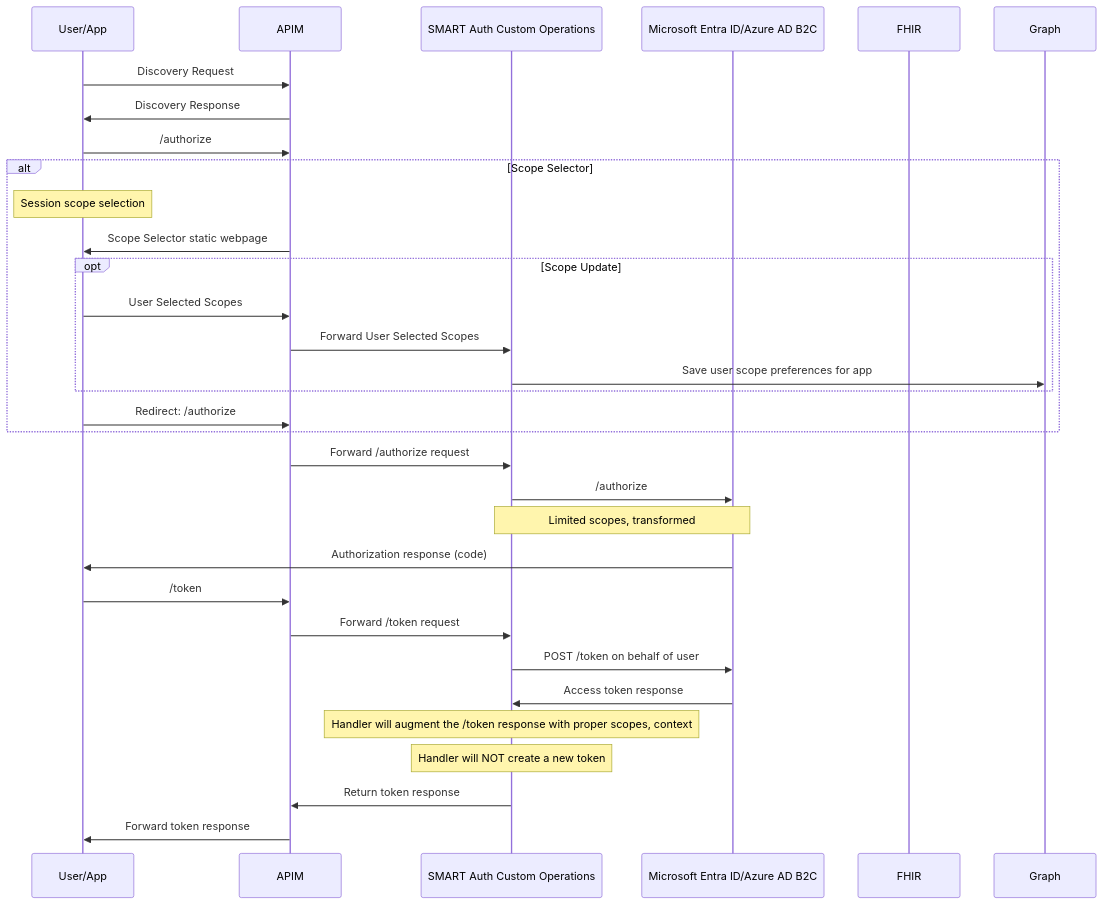
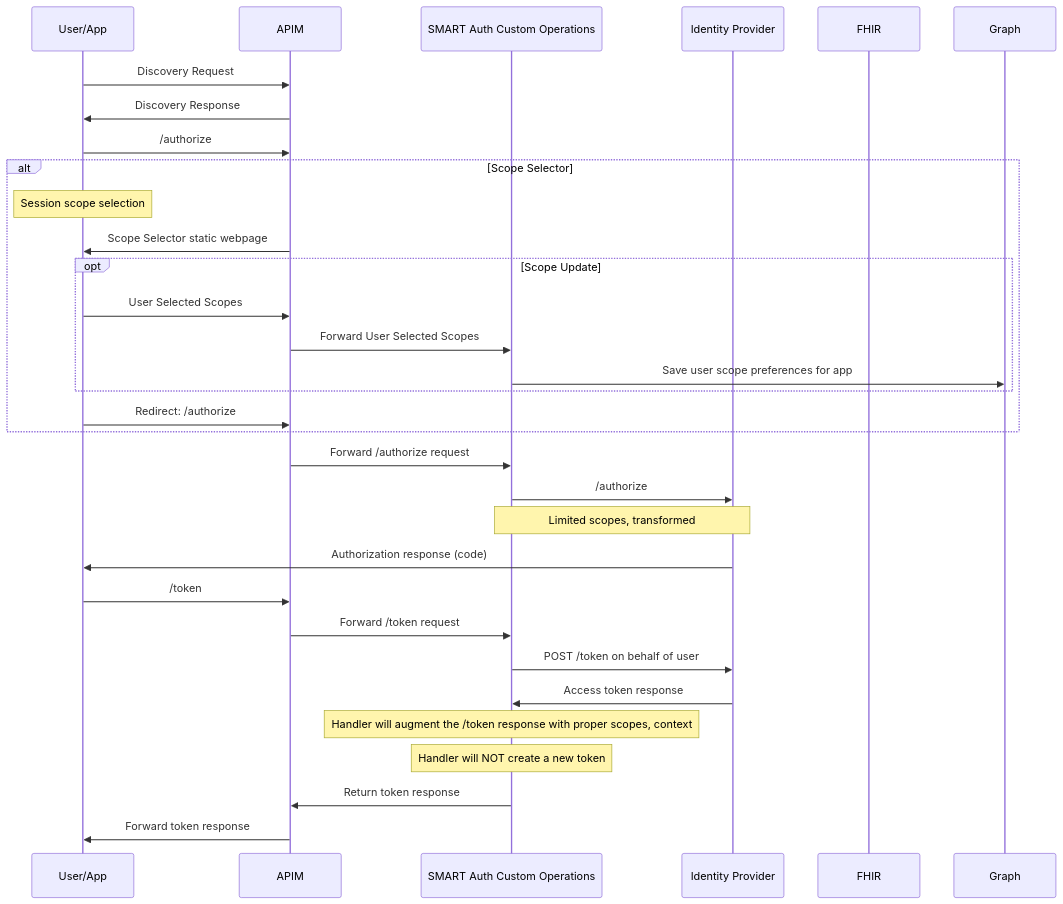
The third of 3 diagrams in samples/smartonfhir/docs/technical-guide.md (Azure-Samples/azure-health-data-and-ai-samples), drawn with Mermaid before and after one commit. The commit also changed other lines of this file and 41 other files, not shown here.

````diff
--- a/samples/smartonfhir/docs/technical-guide.md
+++ b/samples/smartonfhir/docs/technical-guide.md
@@ -104,36 +104,36 @@
 ```mermaid
   sequenceDiagram
     participant User/App
     participant APIM
     participant SMART Auth Custom Operations
-    participant Microsoft Entra ID/Azure AD B2C
+    participant Identity Provider
     participant FHIR
     participant Graph
     User/App ->> APIM: Discovery Request
     APIM ->> User/App: Discovery Response
     User/App ->> APIM: /authorize
     alt Scope Selector
         note over User/App: Session scope selection
         APIM ->> User/App: Scope Selector static webpage
         opt Scope Update
             User/App ->> APIM: User Selected Scopes
             APIM ->> SMART Auth Custom Operations:  Forward User Selected Scopes
             SMART Auth Custom Operations ->> Graph: Save user scope preferences for app
         end
         
         User/App ->> APIM: Redirect: /authorize        
     end
 
     APIM ->> SMART Auth Custom Operations: Forward /authorize request    
-    SMART Auth Custom Operations ->> Microsoft Entra ID/Azure AD B2C: /authorize
-    note over SMART Auth Custom Operations, Microsoft Entra ID/Azure AD B2C: Limited scopes, transformed
-    Microsoft Entra ID/Azure AD B2C ->> User/App: Authorization response (code)
+    SMART Auth Custom Operations ->> Identity Provider: /authorize
+    note over SMART Auth Custom Operations, Identity Provider: Limited scopes, transformed
+    Identity Provider ->> User/App: Authorization response (code)
     User/App ->> APIM: /token
     APIM ->> SMART Auth Custom Operations: Forward /token request
-    SMART Auth Custom Operations ->> Microsoft Entra ID/Azure AD B2C: POST /token on behalf of user
-    Microsoft Entra ID/Azure AD B2C ->> SMART Auth Custom Operations: Access token response
+    SMART Auth Custom Operations ->> Identity Provider: POST /token on behalf of user
+    Identity Provider ->> SMART Auth Custom Operations: Access token response
     note over SMART Auth Custom Operations: Handler will augment the /token response with proper scopes, context
     note over SMART Auth Custom Operations: Handler will NOT create a new token
     SMART Auth Custom Operations ->> APIM: Return token response
     APIM ->> User/App: Forward token response
 ```
````
